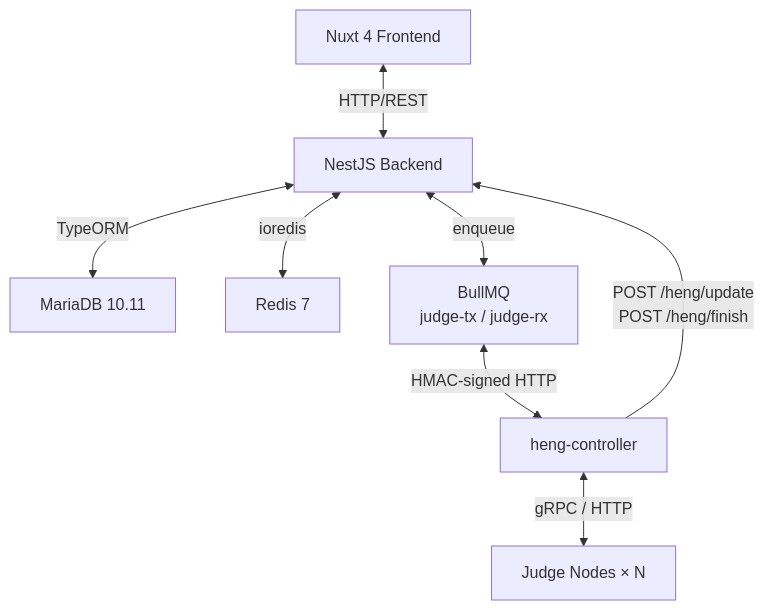
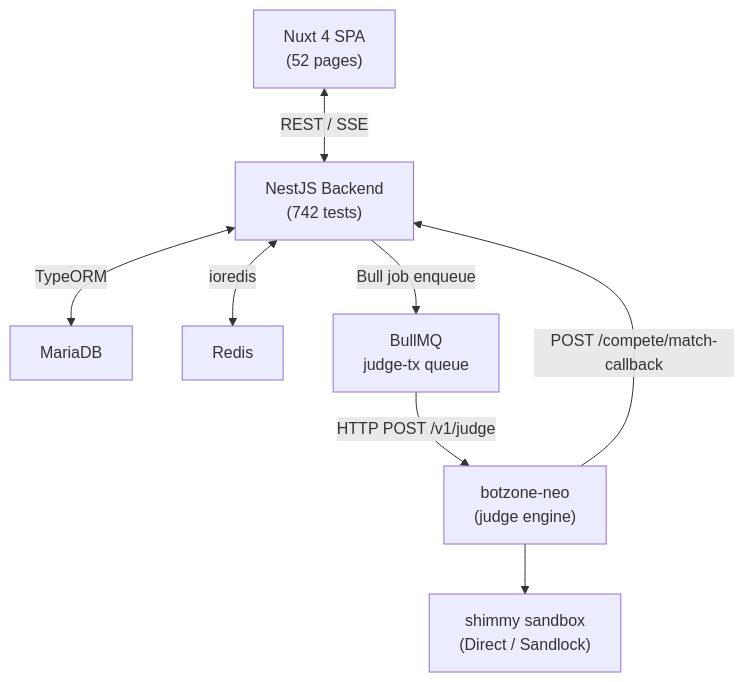
One commit to ThinkSpiritLab/leverage-backend-neo changed the diagram in docs/ARCHITECTURE.md. Above: the diagram before and after it, drawn with Mermaid. The commit also changed other lines of this file and 2 other files, not shown here.

Commit message:
docs: 更新 MCP_SETUP/ARCHITECTURE/API 文档 — 13工具表、botzone-neo架构、API Keys

````diff
--- a/docs/ARCHITECTURE.md
+++ b/docs/ARCHITECTURE.md
@@ -5,18 +5,18 @@
 ```mermaid
 graph TD
-    FE["Nuxt 4 Frontend"]
-    BE["NestJS Backend"]
-    DB["MariaDB 10.11"]
-    RD["Redis 7"]
-    BQ["BullMQ\njudge-tx / judge-rx"]
-    HC["heng-controller"]
-    JN["Judge Nodes × N"]
+    FE["Nuxt 4 SPA\n(52 pages)"]
+    BE["NestJS Backend\n(742 tests)"]
+    DB["MariaDB"]
+    RD["Redis"]
+    BQ["BullMQ\njudge-tx queue"]
+    BN["botzone-neo\n(judge engine)"]
+    SB["shimmy sandbox\n(Direct / Sandlock)"]
 
-    FE <-->|HTTP/REST| BE
+    FE <-->|REST / SSE| BE
     BE <-->|TypeORM| DB
     BE <-->|ioredis| RD
-    BE <-->|enqueue| BQ
-    BQ <-->|HMAC-signed HTTP| HC
-    HC <-->|gRPC / HTTP| JN
-    HC -->|POST /heng/update\nPOST /heng/finish| BE
+    BE -->|Bull job enqueue| BQ
+    BQ -->|HTTP POST /v1/judge| BN
+    BN -->|POST /compete/match-callback| BE
+    BN --> SB
 ```
````
